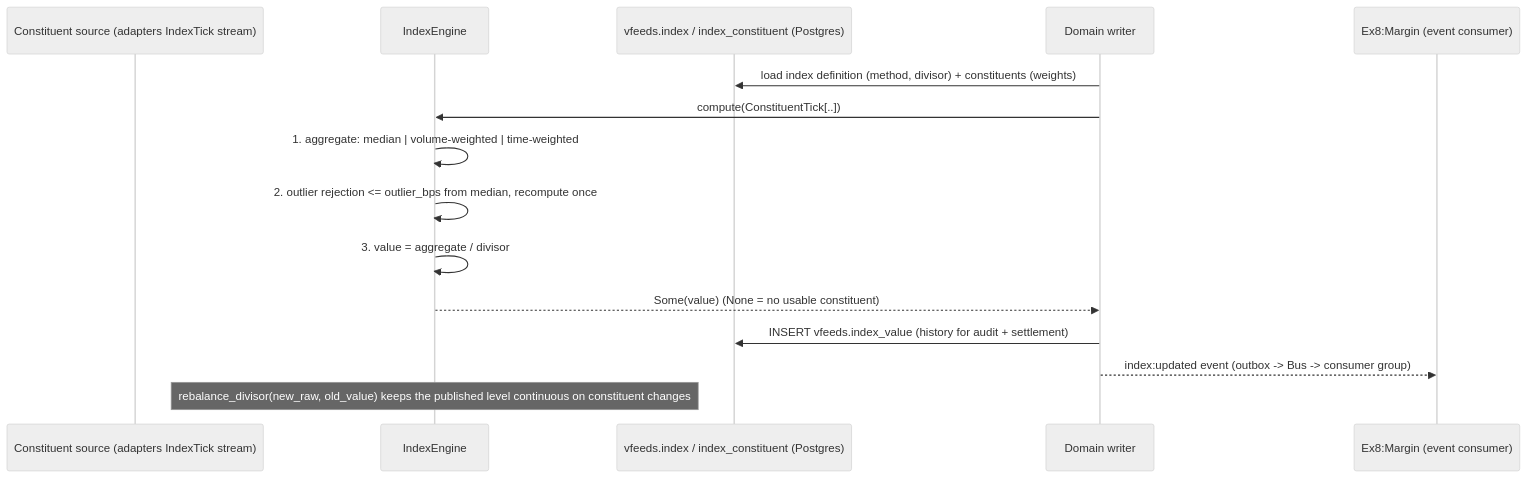
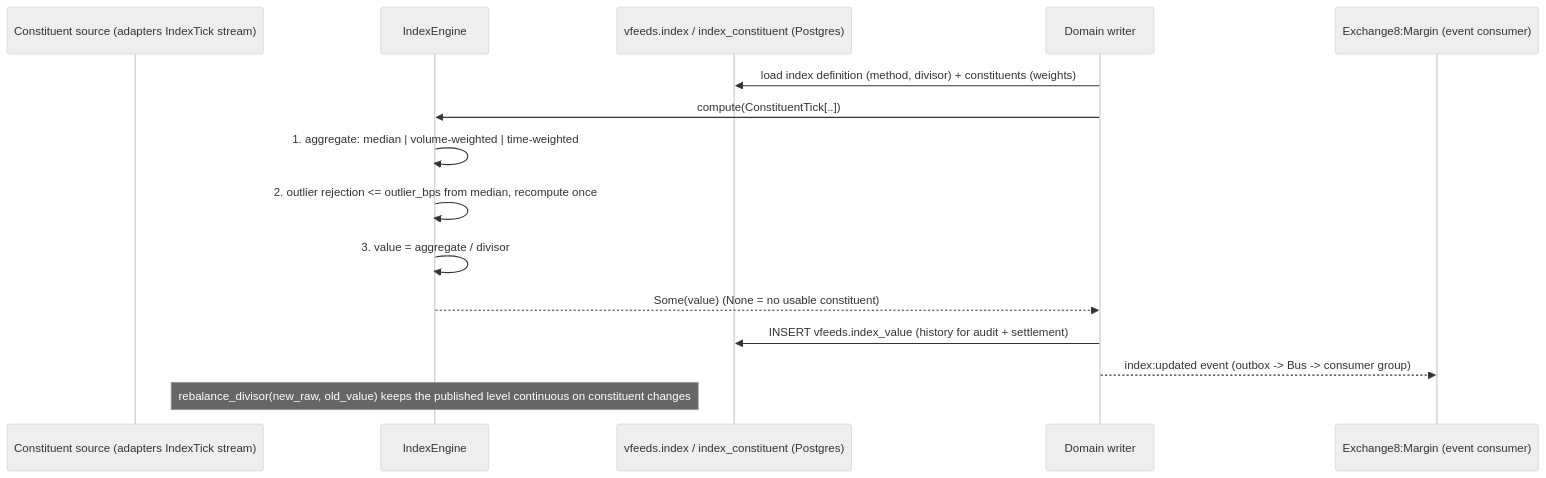
The fifth of 13 diagrams in DESIGN.md (Exchange8-dev/exchange8-vfeeds), drawn with Mermaid (neutral theme) before and after one commit. The commit also changed other lines of this file and 9 other files, not shown here.

````diff
--- a/DESIGN.md
+++ b/DESIGN.md
@@ -205,18 +205,18 @@
 ```mermaid
 sequenceDiagram
     participant SRC as Constituent source (adapters IndexTick stream)
     participant IDX as IndexEngine
     participant VAL as vfeeds.index / index_constituent (Postgres)
     participant W as Domain writer
-    participant MGN as Ex8:Margin (event consumer)
+    participant MGN as Exchange8:Margin (event consumer)
 
     W->>VAL: load index definition (method, divisor) + constituents (weights)
     W->>IDX: compute(ConstituentTick[..])
     IDX->>IDX: 1. aggregate: median | volume-weighted | time-weighted
     IDX->>IDX: 2. outlier rejection <= outlier_bps from median, recompute once
     IDX->>IDX: 3. value = aggregate / divisor
     IDX-->>W: Some(value) (None = no usable constituent)
     W->>VAL: INSERT vfeeds.index_value (history for audit + settlement)
     W-->>MGN: index:updated event (outbox -> Bus -> consumer group)
     Note over IDX: rebalance_divisor(new_raw, old_value) keeps the published level continuous on constituent changes
 ```
````
